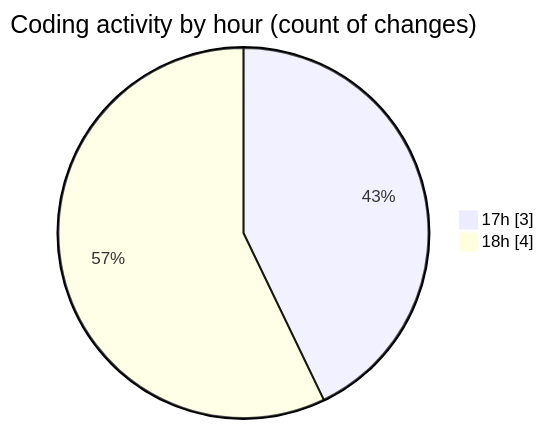
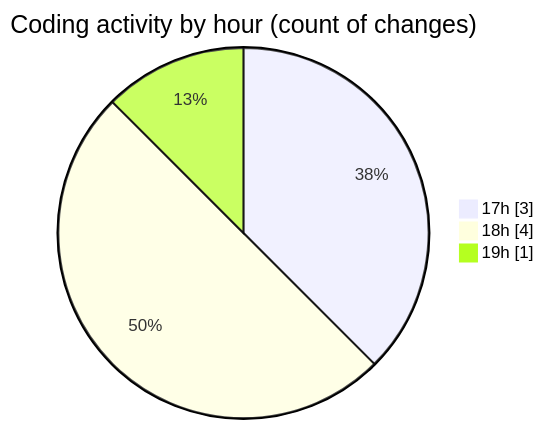
One commit to NitaiMahat/code-tracking changed the second of 2 diagrams in 2025-02-24/startfiles/README.md. Above: the diagram before and after it, drawn with Mermaid. The commit also changed other lines of this file and 1 other file, not shown here.

````diff
--- a/2025-02-24/startfiles/README.md
+++ b/2025-02-24/startfiles/README.md
@@ -29,6 +29,7 @@
 ```mermaid
 pie showData
 title Coding activity by hour (count of changes)
 "17h" : 3
 "18h" : 4
+"19h" : 1
 ```
````
